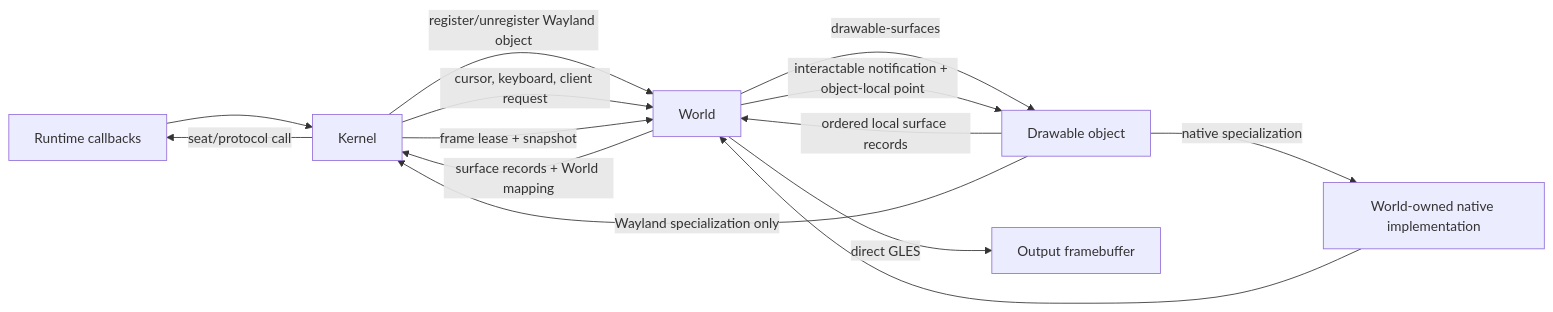
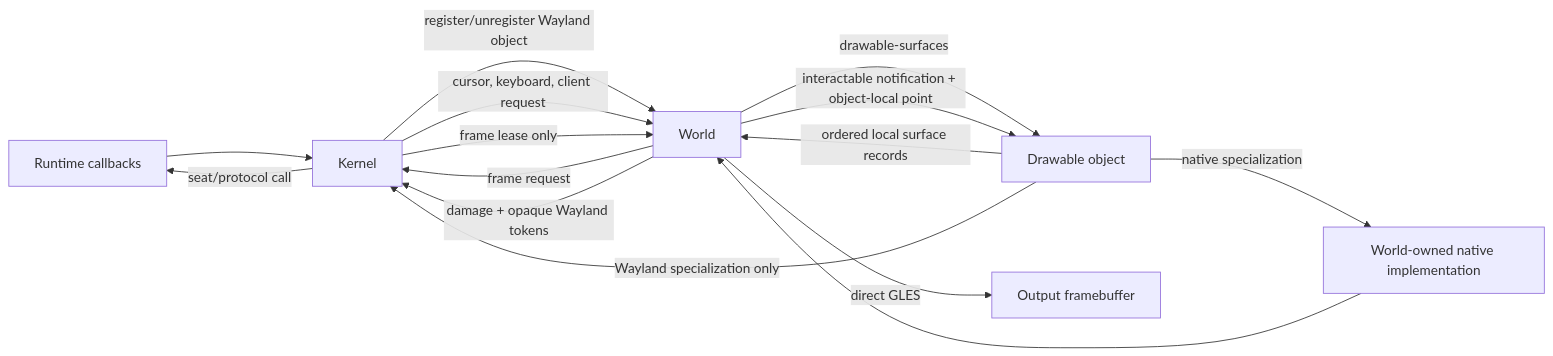
Before and after one commit to SeungheonOh/ataxia: the third of 4 diagrams in docs/POST-RUNTIME-REDESIGN-PLAN.md, drawn with Mermaid. The commit also changed other lines of this file, not shown here.

Commit message:
docs: move presentation entirely into world

````diff
--- a/docs/POST-RUNTIME-REDESIGN-PLAN.md
+++ b/docs/POST-RUNTIME-REDESIGN-PLAN.md
@@ -455,18 +477,19 @@
 ```mermaid
 flowchart LR
     RT[Runtime callbacks] --> K[Kernel]
     K -->|register/unregister Wayland object| W[World]
     K -->|cursor, keyboard, client request| W
 
     W -->|drawable-surfaces| O[Drawable object]
     O -->|ordered local surface records| W
-    W -->|surface records + World mapping| K
-    K -->|frame lease + snapshot| W
+    W -->|frame request| K
+    K -->|frame lease only| W
     W -->|direct GLES| F[Output framebuffer]
+    W -->|damage + opaque Wayland tokens| K
 
     W -->|interactable notification + object-local point| O
     O -->|Wayland specialization only| K
     K -->|seat/protocol call| RT
     O -->|native specialization| N[World-owned native implementation]
     N --> W
 ```
````
